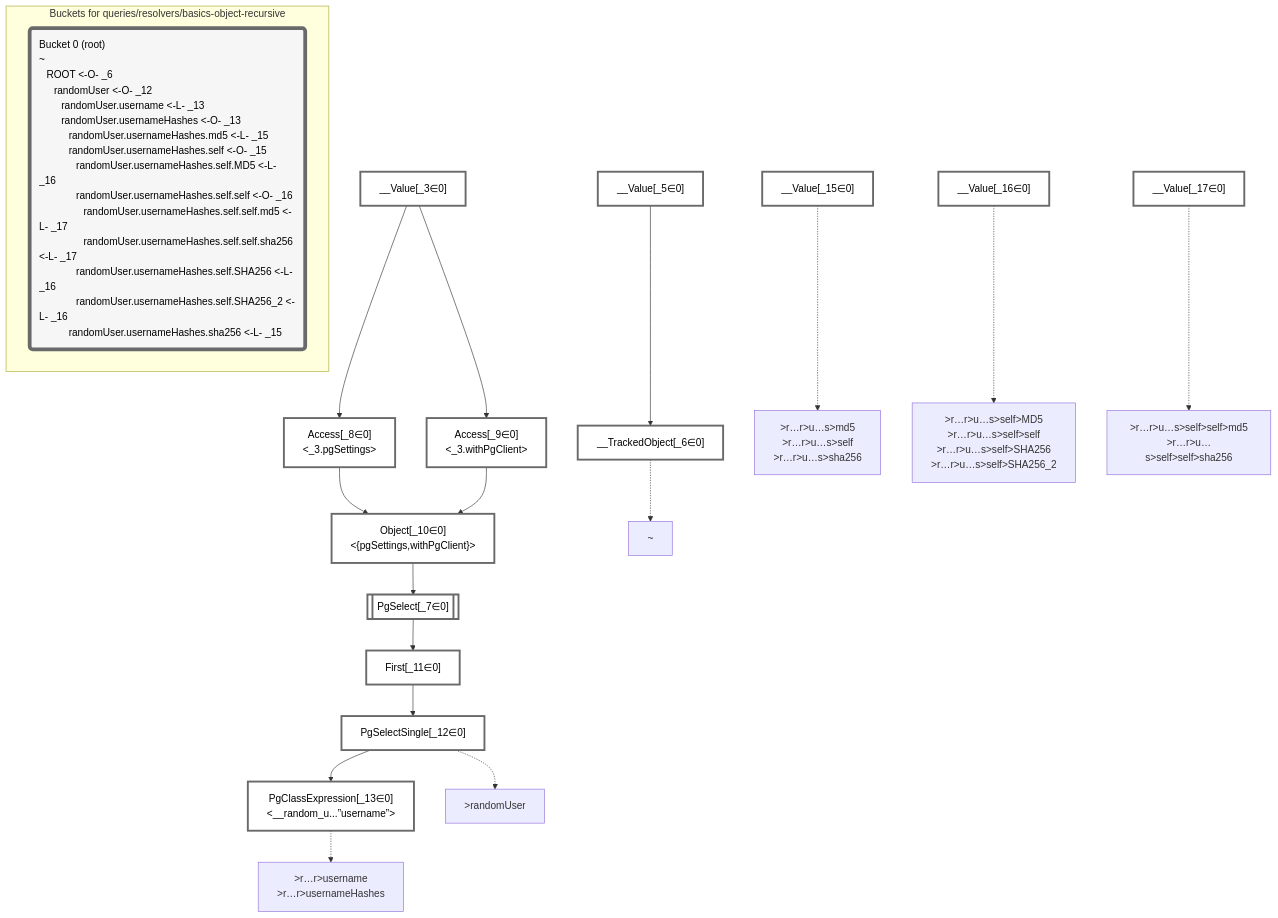
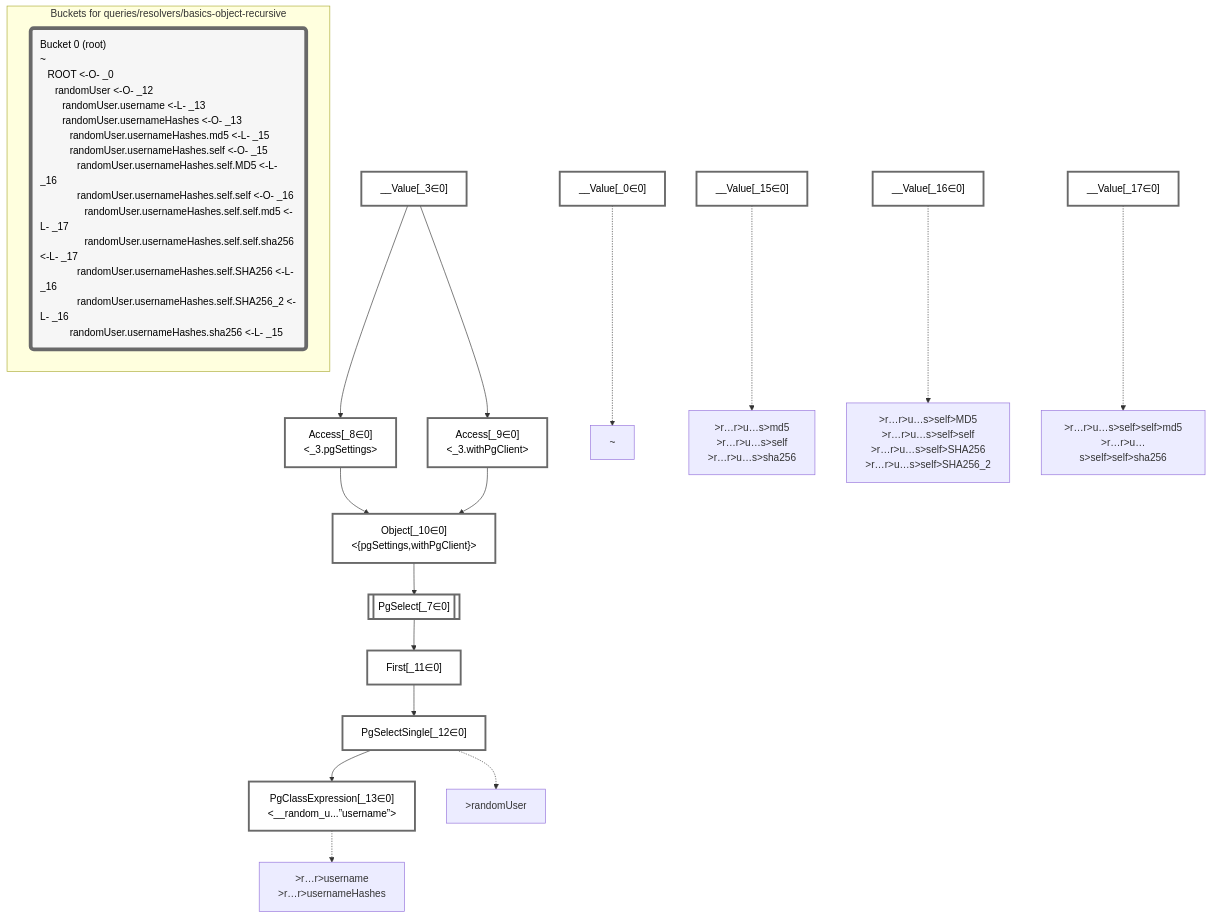
Before and after one commit to graphile/crystal: the diagram in packages/dataplan-pg/__tests__/queries/resolvers/basics-object-recursive.deopt.mermaid.md, drawn with Mermaid. The commit also changed 193 other files, not shown here.

Commit message:
Update test plan snapshots with new root plan

````diff
--- a/packages/dataplan-pg/__tests__/queries/resolvers/basics-object-recursive.deopt.mermaid.md
+++ b/packages/dataplan-pg/__tests__/queries/resolvers/basics-object-recursive.deopt.mermaid.md
@@ -1,58 +1,56 @@
 ```mermaid
 graph TD
     classDef path fill:#eee,stroke:#000,color:#000
     classDef plan fill:#fff,stroke-width:3px,color:#000
     classDef itemplan fill:#fff,stroke-width:6px,color:#000
     classDef sideeffectplan fill:#f00,stroke-width:6px,color:#000
     classDef bucket fill:#f6f6f6,color:#000,stroke-width:6px,text-align:left
 
 
     %% define plans
+    __Value_0["__Value[_0∈0]"]:::plan
     __Value_3["__Value[_3∈0]<br /><context>"]:::plan
-    __Value_5["__Value[_5∈0]<br /><rootValue>"]:::plan
-    __TrackedObject_6["__TrackedObject[_6∈0]"]:::plan
     PgSelect_7[["PgSelect[_7∈0]<br /><random_user>"]]:::plan
     Access_8["Access[_8∈0]<br /><_3.pgSettings>"]:::plan
     Access_9["Access[_9∈0]<br /><_3.withPgClient>"]:::plan
     Object_10["Object[_10∈0]<br /><{pgSettings,withPgClient}>"]:::plan
     First_11["First[_11∈0]"]:::plan
     PgSelectSingle_12["PgSelectSingle[_12∈0]<br /><users>"]:::plan
     PgClassExpression_13["PgClassExpression[_13∈0]<br /><__random_u...”username”>"]:::plan
     __Value_15["__Value[_15∈0]"]:::plan
     __Value_16["__Value[_16∈0]"]:::plan
     __Value_17["__Value[_17∈0]"]:::plan
 
     %% plan dependencies
-    __Value_5 --> __TrackedObject_6
     Object_10 --> PgSelect_7
     __Value_3 --> Access_8
     __Value_3 --> Access_9
     Access_8 --> Object_10
     Access_9 --> Object_10
     PgSelect_7 --> First_11
     First_11 --> PgSelectSingle_12
     PgSelectSingle_12 --> PgClassExpression_13
 
     %% plan-to-path relationships
-    P_6["~"]
-    __TrackedObject_6 -.-> P_6
+    P_0["~"]
+    __Value_0 -.-> P_0
     P_12[">randomUser"]
     PgSelectSingle_12 -.-> P_12
     P_13[">r…r>username<br />>r…r>usernameHashes"]
     PgClassExpression_13 -.-> P_13
     P_15[">r…r>u…s>md5<br />>r…r>u…s>self<br />>r…r>u…s>sha256"]
     __Value_15 -.-> P_15
     P_16[">r…r>u…s>self>MD5<br />>r…r>u…s>self>self<br />>r…r>u…s>self>SHA256<br />>r…r>u…s>self>SHA256_2"]
     __Value_16 -.-> P_16
     P_17[">r…r>u…s>self>self>md5<br />>r…r>u…s>self>self>sha256"]
     __Value_17 -.-> P_17
 
     %% allocate buckets
     classDef bucket0 stroke:#696969
-    class __Value_3,__Value_5,__TrackedObject_6,PgSelect_7,Access_8,Access_9,Object_10,First_11,PgSelectSingle_12,PgClassExpression_13,__Value_15,__Value_16,__Value_17 bucket0
+    class __Value_0,__Value_3,PgSelect_7,Access_8,Access_9,Object_10,First_11,PgSelectSingle_12,PgClassExpression_13,__Value_15,__Value_16,__Value_17 bucket0
 
     subgraph "Buckets for queries/resolvers/basics-object-recursive"
-    Bucket0("Bucket 0 (root)<br />~<br />⠀ROOT <-O- _6<br />⠀⠀randomUser <-O- _12<br />⠀⠀⠀randomUser.username <-L- _13<br />⠀⠀⠀randomUser.usernameHashes <-O- _13<br />⠀⠀⠀⠀randomUser.usernameHashes.md5 <-L- _15<br />⠀⠀⠀⠀randomUser.usernameHashes.self <-O- _15<br />⠀⠀⠀⠀⠀randomUser.usernameHashes.self.MD5 <-L- _16<br />⠀⠀⠀⠀⠀randomUser.usernameHashes.self.self <-O- _16<br />⠀⠀⠀⠀⠀⠀randomUser.usernameHashes.self.self.md5 <-L- _17<br />⠀⠀⠀⠀⠀⠀randomUser.usernameHashes.self.self.sha256 <-L- _17<br />⠀⠀⠀⠀⠀randomUser.usernameHashes.self.SHA256 <-L- _16<br />⠀⠀⠀⠀⠀randomUser.usernameHashes.self.SHA256_2 <-L- _16<br />⠀⠀⠀⠀randomUser.usernameHashes.sha256 <-L- _15"):::bucket
+    Bucket0("Bucket 0 (root)<br />~<br />⠀ROOT <-O- _0<br />⠀⠀randomUser <-O- _12<br />⠀⠀⠀randomUser.username <-L- _13<br />⠀⠀⠀randomUser.usernameHashes <-O- _13<br />⠀⠀⠀⠀randomUser.usernameHashes.md5 <-L- _15<br />⠀⠀⠀⠀randomUser.usernameHashes.self <-O- _15<br />⠀⠀⠀⠀⠀randomUser.usernameHashes.self.MD5 <-L- _16<br />⠀⠀⠀⠀⠀randomUser.usernameHashes.self.self <-O- _16<br />⠀⠀⠀⠀⠀⠀randomUser.usernameHashes.self.self.md5 <-L- _17<br />⠀⠀⠀⠀⠀⠀randomUser.usernameHashes.self.self.sha256 <-L- _17<br />⠀⠀⠀⠀⠀randomUser.usernameHashes.self.SHA256 <-L- _16<br />⠀⠀⠀⠀⠀randomUser.usernameHashes.self.SHA256_2 <-L- _16<br />⠀⠀⠀⠀randomUser.usernameHashes.sha256 <-L- _15"):::bucket
     style Bucket0 stroke:#696969
     end
 ```
````
